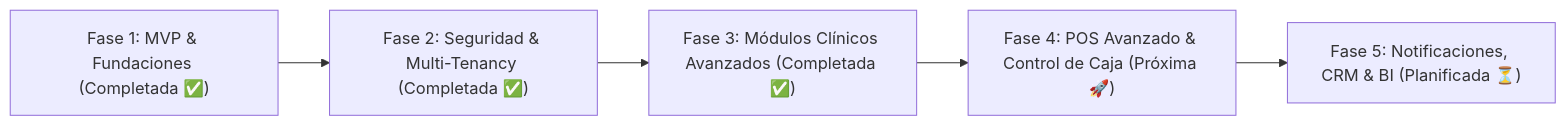
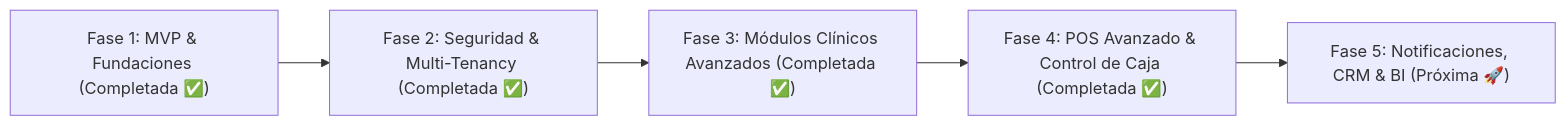
One commit to altusmarketingdigital-mx/Sistema-Veterinario---Altus-PetCloud changed the diagram in PLAN_DE_DESARROLLO.md. Above: the diagram before and after it, drawn with Mermaid. The commit also changed other lines of this file, not shown here.

````diff
--- a/PLAN_DE_DESARROLLO.md
+++ b/PLAN_DE_DESARROLLO.md
@@ -10,7 +10,7 @@
 ```mermaid
 flowchart LR
     A["Fase 1: MVP & Fundaciones (Completada ✅)"] --> B["Fase 2: Seguridad & Multi-Tenancy (Completada ✅)"]
     B --> C["Fase 3: Módulos Clínicos Avanzados (Completada ✅)"]
-    C --> D["Fase 4: POS Avanzado & Control de Caja (Próxima 🚀)"]
-    D --> E["Fase 5: Notificaciones, CRM & BI (Planificada ⏳)"]
+    C --> D["Fase 4: POS Avanzado & Control de Caja (Completada ✅)"]
+    D --> E["Fase 5: Notificaciones, CRM & BI (Próxima 🚀)"]
 ```
````
